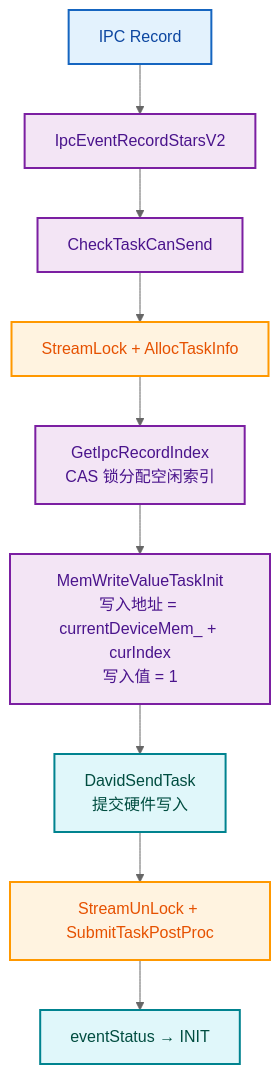
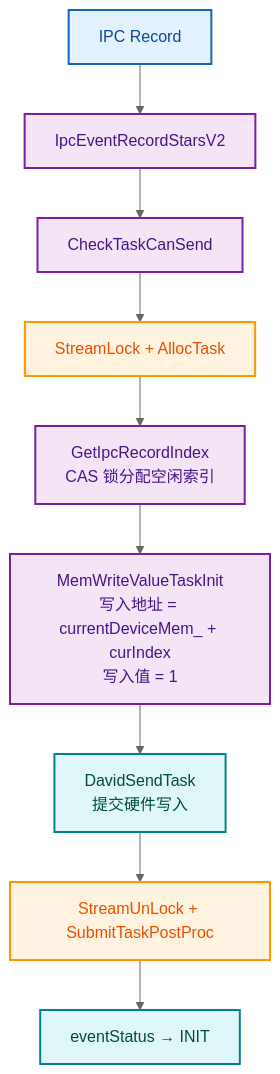
The fifth of 11 diagrams in docs/zh/design/modules/event/event.md (hicann/runtime), drawn with Mermaid (neutral theme) before and after one commit. The commit also changed other lines of this file and 6 other files, not shown here.

````diff
--- a/docs/zh/design/modules/event/event.md
+++ b/docs/zh/design/modules/event/event.md
@@ -252,18 +252,18 @@
 ```mermaid
 
 flowchart TD
     classDef userStyle fill:#E3F2FD,stroke:#1565C0,stroke-width:2px,color:#0D47A1
     classDef lockStyle fill:#FFF3E0,stroke:#FF9800,stroke-width:2px,color:#E65100
     classDef ipcStyle fill:#F3E5F5,stroke:#7B1FA2,stroke-width:2px,color:#4A148C
     classDef successStyle fill:#E0F7FA,stroke:#00838F,stroke-width:2px,color:#004D40
 
     A["IPC Record"]:::userStyle --> B["IpcEventRecordStarsV2"]:::ipcStyle
     B --> C["CheckTaskCanSend"]:::ipcStyle
-    C --> D["StreamLock + AllocTaskInfo"]:::lockStyle
+    C --> D["StreamLock + AllocTask"]:::lockStyle
     D --> E["GetIpcRecordIndex<br/>CAS 锁分配空闲索引"]:::ipcStyle
     E --> F["MemWriteValueTaskInit<br/>写入地址 = currentDeviceMem_ + curIndex<br/>写入值 = 1"]:::ipcStyle
     F --> G["DavidSendTask<br/>提交硬件写入"]:::successStyle
     G --> H["StreamUnLock + SubmitTaskPostProc"]:::lockStyle
     H --> I["eventStatus → INIT"]:::successStyle
 
 ```
````
